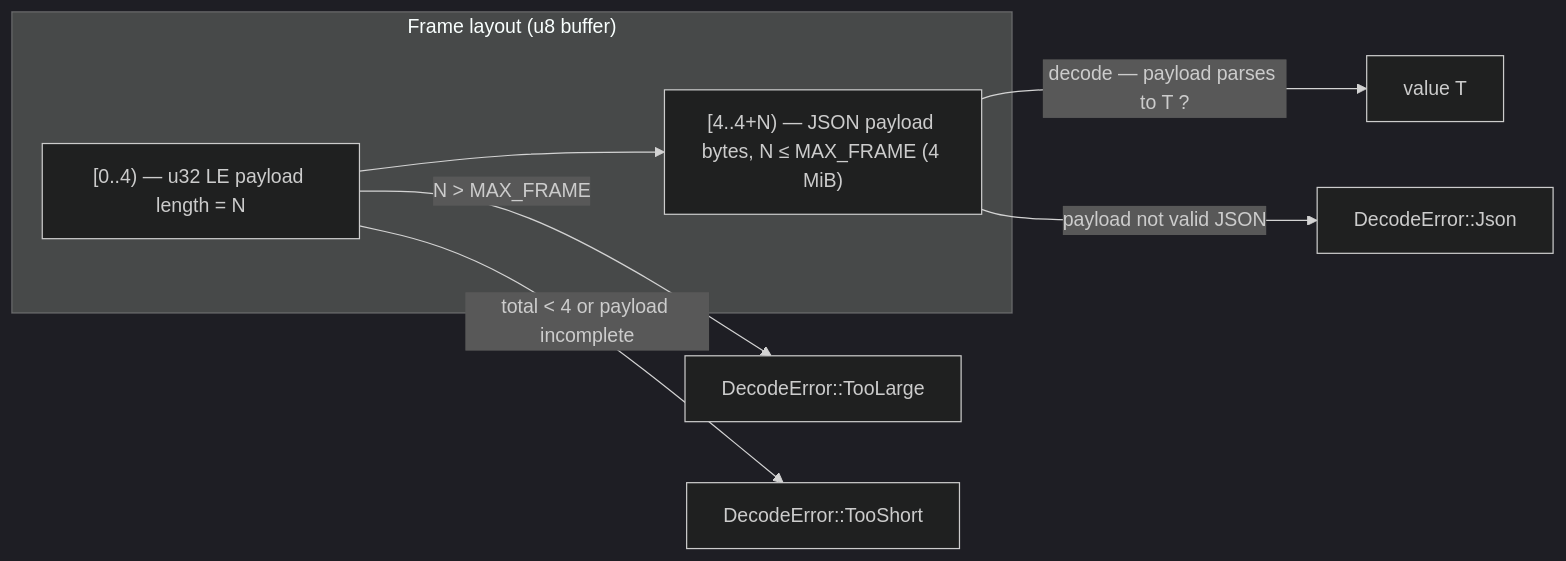
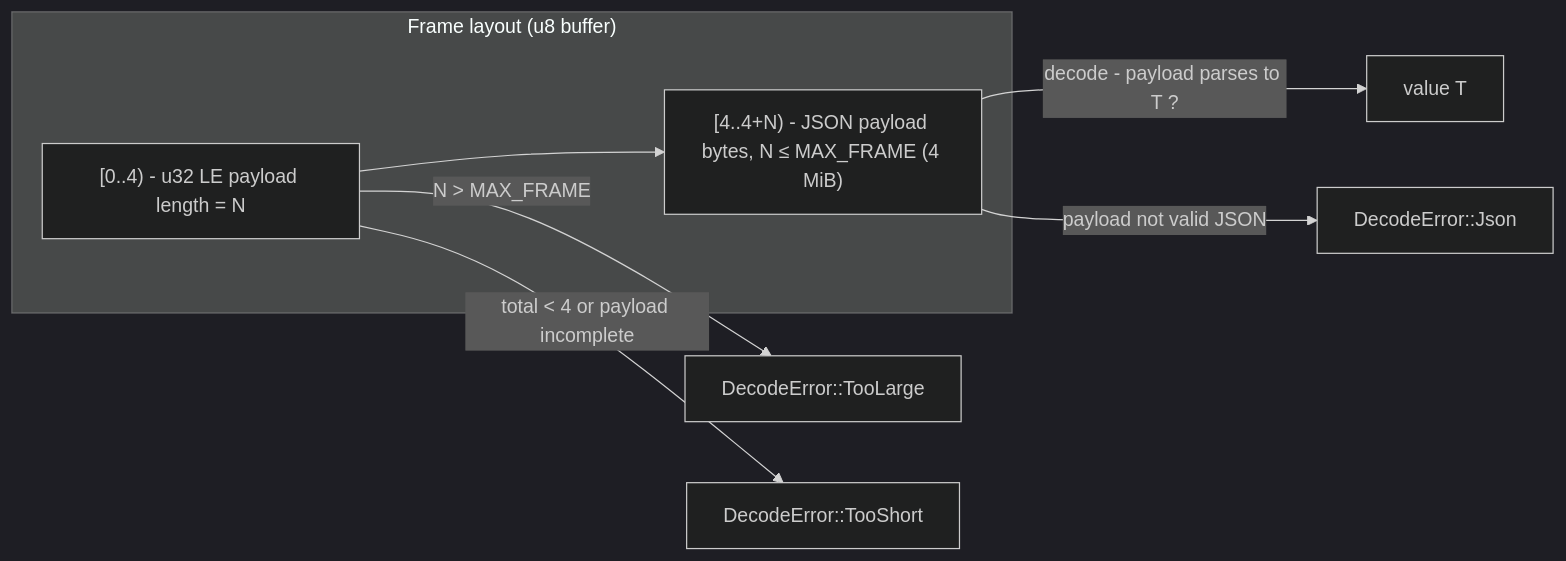
One commit to Exchange8-dev/exchange8-sdk changed the fifth of 9 diagrams in crates/wire/DESIGN.md. Above: the diagram before and after it, drawn with Mermaid (dark theme). The commit also changed other lines of this file and 60 other files, not shown here.

````diff
--- a/crates/wire/DESIGN.md
+++ b/crates/wire/DESIGN.md
@@ -183,10 +183,10 @@
 ```mermaid
 flowchart LR
     subgraph Frame["Frame layout (u8 buffer)"]
-        A["[0..4) — u32 LE payload length = N"] --> B["[4..4+N) — JSON payload bytes, N ≤ MAX_FRAME (4 MiB)"]
+        A["[0..4) - u32 LE payload length = N"] --> B["[4..4+N) - JSON payload bytes, N ≤ MAX_FRAME (4 MiB)"]
     end
-    B -- "decode — payload parses to T ?" --> C["value T"]
+    B -- "decode - payload parses to T ?" --> C["value T"]
     B -- "payload not valid JSON" --> D["DecodeError::Json"]
     A -- "N > MAX_FRAME" --> E["DecodeError::TooLarge"]
     A -- "total < 4 or payload incomplete" --> F["DecodeError::TooShort"]
 ```
````
